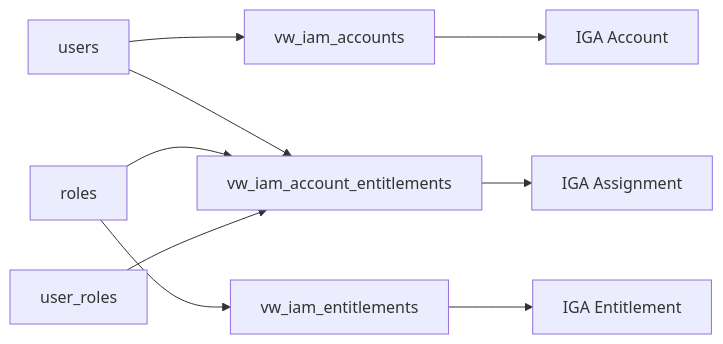
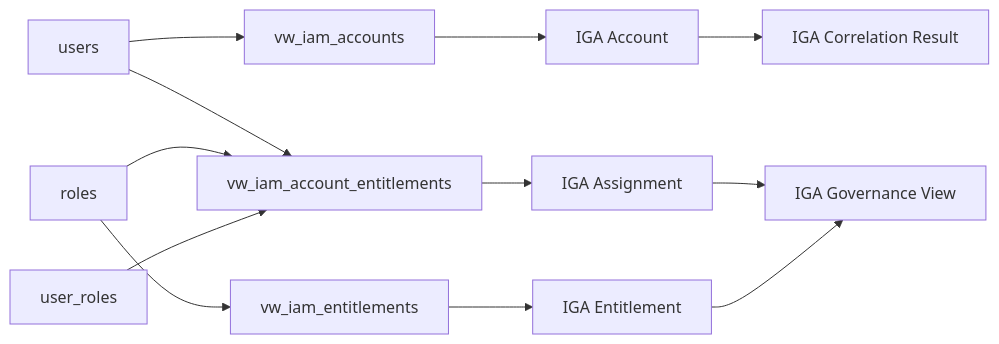
One commit to i-m-rish/luffy changed the fourth of 8 diagrams in apps/jdbc-target/docs/diagrams.md. Above: the diagram before and after it, drawn with Mermaid. The commit also changed other lines of this file, not shown here.

Commit message:
Update JDBC diagrams with IGA normalized data flow

````diff
--- a/apps/jdbc-target/docs/diagrams.md
+++ b/apps/jdbc-target/docs/diagrams.md
@@ -105,12 +100,16 @@
 ```mermaid
 flowchart LR
     USERS[users] --> ACCOUNTS[vw_iam_accounts]
     ROLES[roles] --> ENTS[vw_iam_entitlements]
     USERS --> ASSIGNMENTS[vw_iam_account_entitlements]
     ROLES --> ASSIGNMENTS
     USERROLES[user_roles] --> ASSIGNMENTS
 
     ACCOUNTS --> IGA_ACCOUNT[IGA Account]
     ENTS --> IGA_ENT[IGA Entitlement]
     ASSIGNMENTS --> IGA_ASSIGN[IGA Assignment]
+
+    IGA_ACCOUNT --> CORR[IGA Correlation Result]
+    IGA_ASSIGN --> GOV[IGA Governance View]
+    IGA_ENT --> GOV
 ```
````
